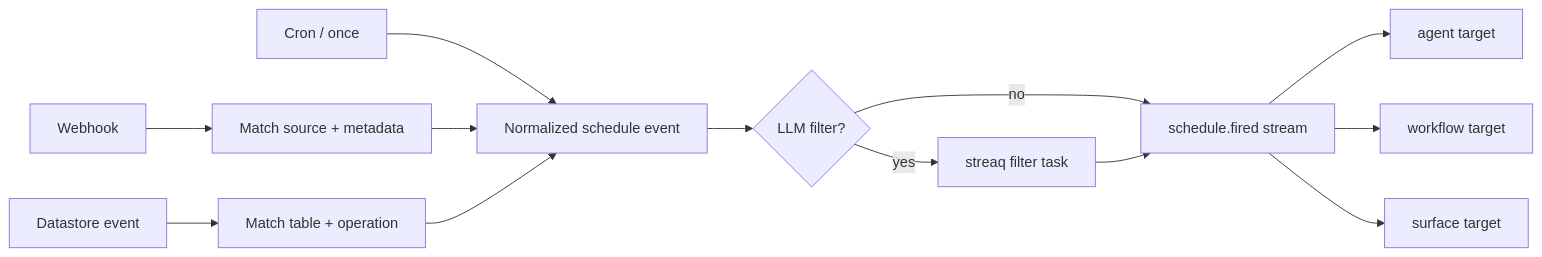
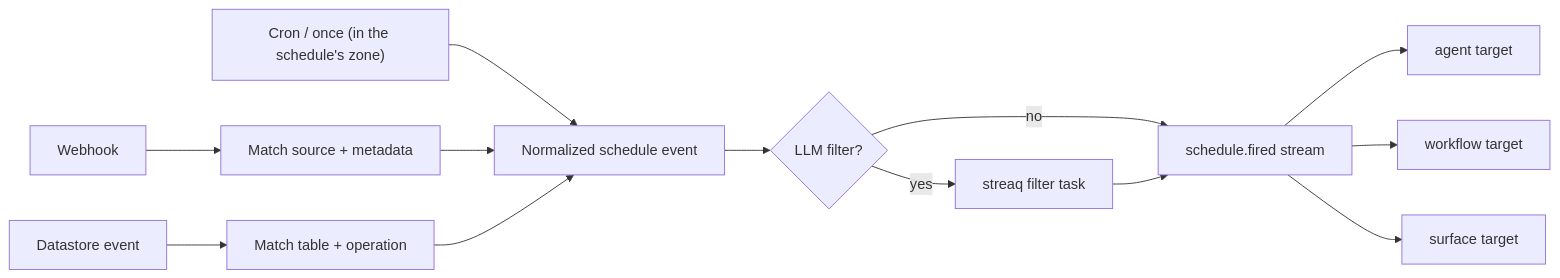
One commit to lemma-work/lemma-platform changed the diagram in lemma-backend/docs/modules/schedule.md. Above: the diagram before and after it, drawn with Mermaid. The commit also changed other lines of this file and 29 other files, not shown here.

````diff
--- a/lemma-backend/docs/modules/schedule.md
+++ b/lemma-backend/docs/modules/schedule.md
@@ -51,12 +67,12 @@
 ```mermaid
 flowchart LR
-    T["Cron / once"] --> N["Normalized schedule event"]
+    T["Cron / once (in the schedule's zone)"] --> N["Normalized schedule event"]
     H["Webhook"] --> M["Match source + metadata"] --> N
     D["Datastore event"] --> Q["Match table + operation"] --> N
     N --> F{"LLM filter?"}
     F -- no --> E["schedule.fired stream"]
     F -- yes --> J["streaq filter task"] --> E
     E --> A["agent target"]
     E --> W["workflow target"]
     E --> S["surface target"]
 ```
````
